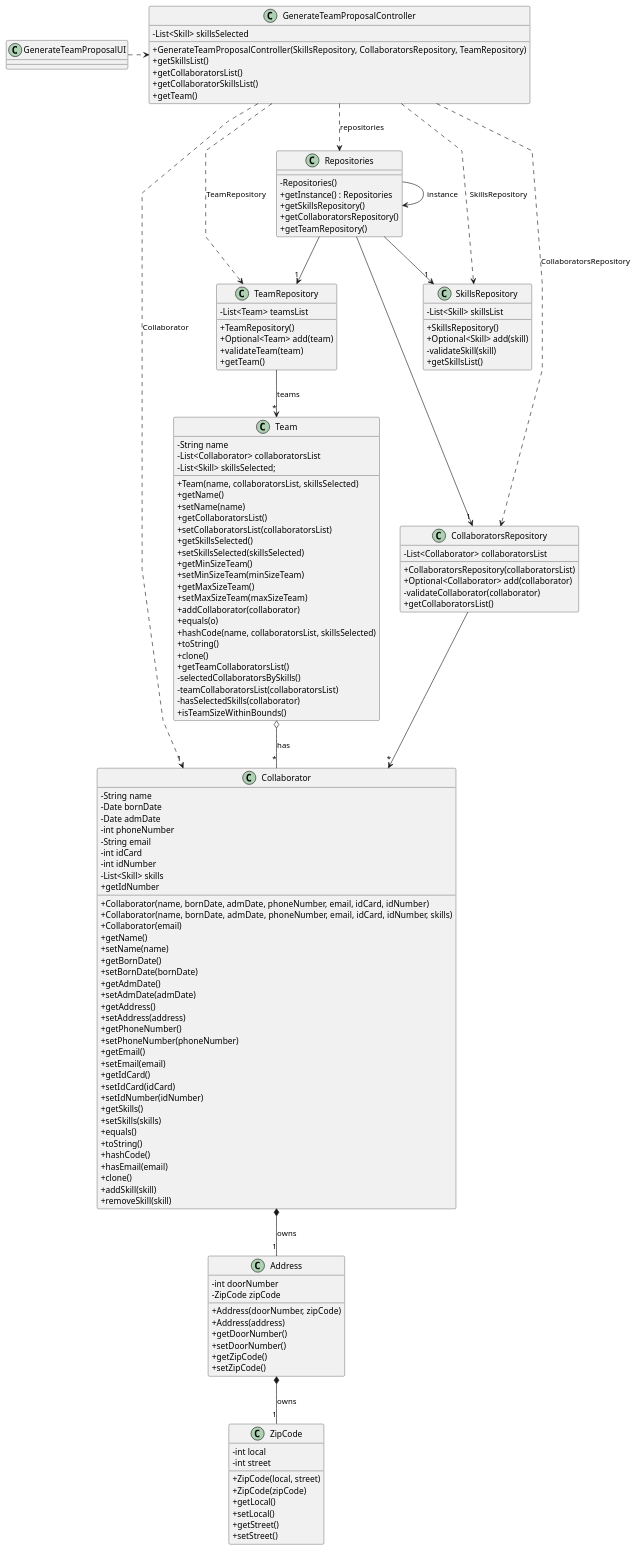
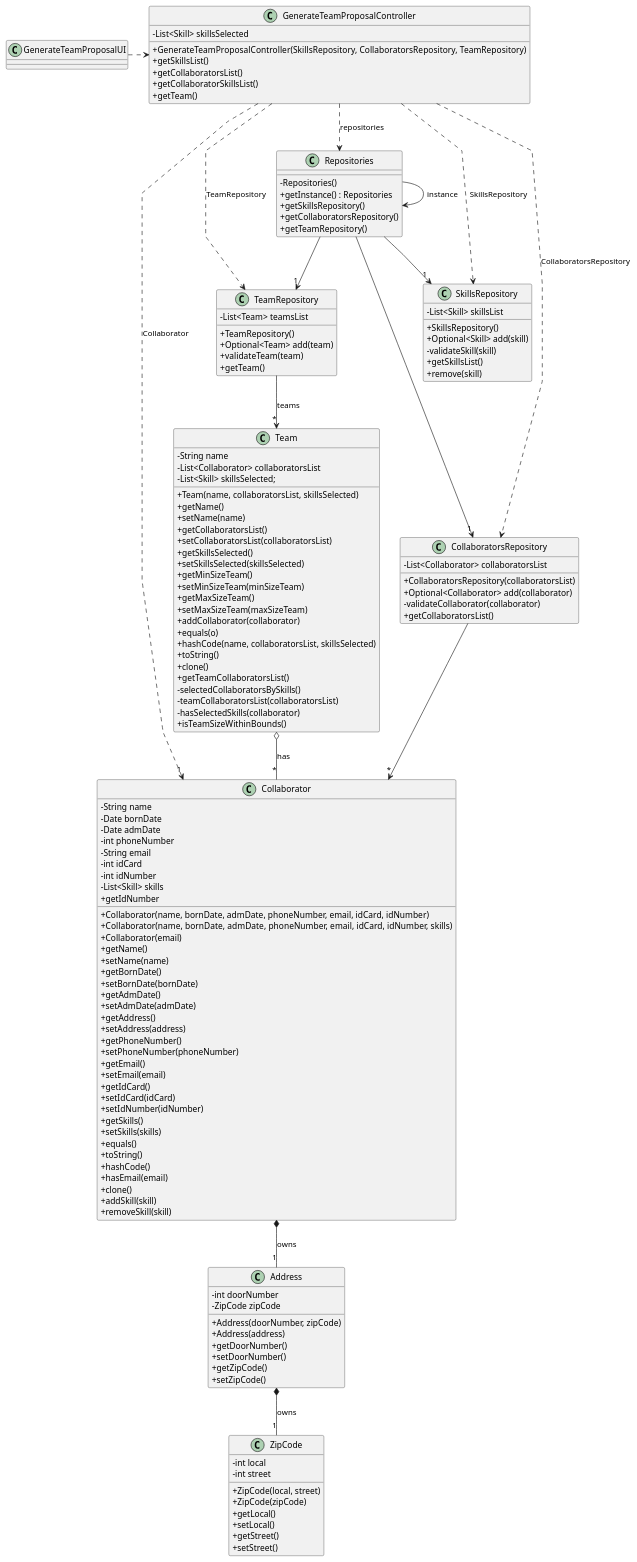
The diagram in docs/sprint2/us005/03.design/puml/us005-class-diagram.puml (1231360-ISEP/lei-24-s2-1db-g021), drawn with PlantUML before and after one commit. The commit also changed 3 other files, not shown here.

Commit message:
Update US05 - Class Diagram and SVG

```diff
--- a/docs/sprint2/us005/03.design/puml/us005-class-diagram.puml
+++ b/docs/sprint2/us005/03.design/puml/us005-class-diagram.puml
@@ -1,164 +1,165 @@
 @startuml
 skinparam packageStyle rectangle
 skinparam shadowing false
 skinparam linetype polyline
 
 skinparam classAttributeIconSize 0
 
 
 class GenerateTeamProposalUI {
 }
 
 class GenerateTeamProposalController {
     - List<Skill> skillsSelected
     + GenerateTeamProposalController(SkillsRepository, CollaboratorsRepository, TeamRepository)
     + getSkillsList()
     + getCollaboratorsList()
     + getCollaboratorSkillsList()
     + getTeam()
 }
 
 class Collaborator {
     - String name
     - Date bornDate
     - Date admDate
     - int phoneNumber
     - String email
     - int idCard
     - int idNumber
     - List<Skill> skills
     + Collaborator(name, bornDate, admDate, phoneNumber, email, idCard, idNumber)
     + Collaborator(name, bornDate, admDate, phoneNumber, email, idCard, idNumber, skills)
     + Collaborator(email)
     + getName()
     + setName(name)
     + getBornDate()
     + setBornDate(bornDate)
     + getAdmDate()
     + setAdmDate(admDate)
     + getAddress()
     + setAddress(address)
     + getPhoneNumber()
     + setPhoneNumber(phoneNumber)
     + getEmail()
     + setEmail(email)
     + getIdCard()
     + setIdCard(idCard)
     + getIdNumber
     + setIdNumber(idNumber)
     + getSkills()
     + setSkills(skills)
     + equals()
     + toString()
     + hashCode()
     + hasEmail(email)
     + clone()
     + addSkill(skill)
     + removeSkill(skill)
 }
 
 class Repositories {
     - Repositories()
     + getInstance() : Repositories
     + getSkillsRepository()
     + getCollaboratorsRepository()
     + getTeamRepository()
 }
 
 class CollaboratorsRepository {
     - List<Collaborator> collaboratorsList
     + CollaboratorsRepository(collaboratorsList)
     + Optional<Collaborator> add(collaborator)
     - validateCollaborator(collaborator)
     + getCollaboratorsList()
 }
 
 class SkillsRepository {
     - List<Skill> skillsList
     + SkillsRepository()
     + Optional<Skill> add(skill)
     - validateSkill(skill)
     + getSkillsList()
+    + remove(skill)
 }
 
 class Address {
     - int doorNumber
     - ZipCode zipCode
     + Address(doorNumber, zipCode)
     + Address(address)
     + getDoorNumber()
     + setDoorNumber()
     + getZipCode()
     + setZipCode()
 }
 
 class ZipCode {
     - int local
     - int street
     + ZipCode(local, street)
     + ZipCode(zipCode)
     + getLocal()
     + setLocal()
     + getStreet()
     + setStreet()
 }
 
 class TeamRepository {
     - List<Team> teamsList
     + TeamRepository()
     + Optional<Team> add(team)
     + validateTeam(team)
     + getTeam()
 }
 
 class Team {
     - String name
     - List<Collaborator> collaboratorsList
     - List<Skill> skillsSelected;
     + Team(name, collaboratorsList, skillsSelected)
     + getName()
     + setName(name)
     + getCollaboratorsList()
     + setCollaboratorsList(collaboratorsList)
     + getSkillsSelected()
     + setSkillsSelected(skillsSelected)
     + getMinSizeTeam()
     + setMinSizeTeam(minSizeTeam)
     + getMaxSizeTeam()
     + setMaxSizeTeam(maxSizeTeam)
     + addCollaborator(collaborator)
     + equals(o)
     + hashCode(name, collaboratorsList, skillsSelected)
     + toString()
     + clone()
     + getTeamCollaboratorsList()
     - selectedCollaboratorsBySkills()
     - teamCollaboratorsList(collaboratorsList)
     - hasSelectedSkills(collaborator)
     + isTeamSizeWithinBounds()
 }
 
 
 Repositories -> Repositories : instance
 
 GenerateTeamProposalUI .> GenerateTeamProposalController
 
 Repositories --> "1" TeamRepository
 Repositories --> "1" CollaboratorsRepository
 Repositories --> "1" SkillsRepository
 
 GenerateTeamProposalController ...> CollaboratorsRepository: CollaboratorsRepository
 GenerateTeamProposalController ...> SkillsRepository: SkillsRepository
 GenerateTeamProposalController ...> TeamRepository : TeamRepository
 GenerateTeamProposalController .> Repositories : repositories
 GenerateTeamProposalController ...> "1" Collaborator : Collaborator
 
 TeamRepository --> "*" Team : teams
 Team o-- "*" Collaborator : has
 
 CollaboratorsRepository --> "*" Collaborator
 
 Collaborator *-- "1" Address : owns
 Address *-- "1" ZipCode : owns
 
 @enduml
```
